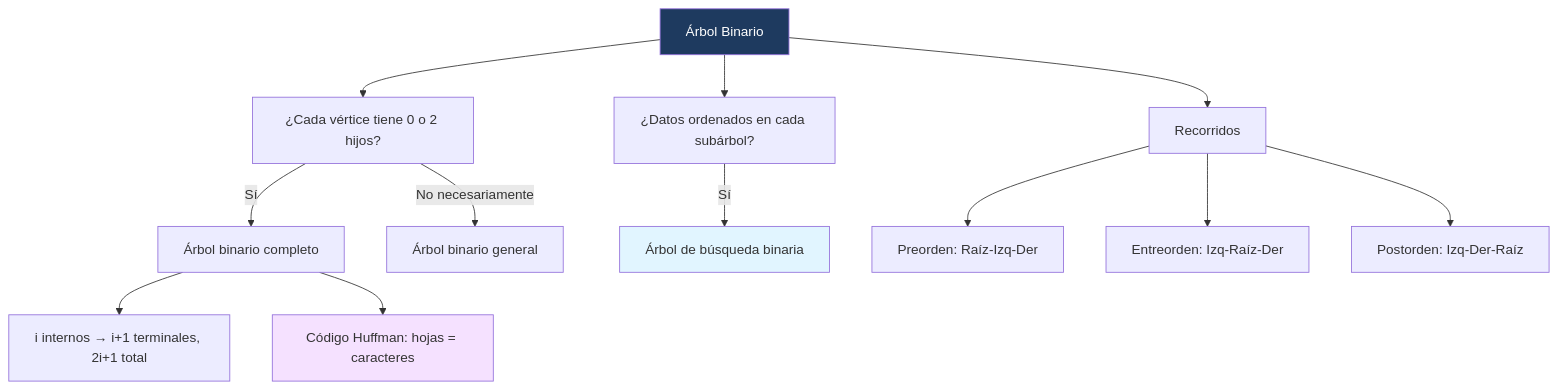
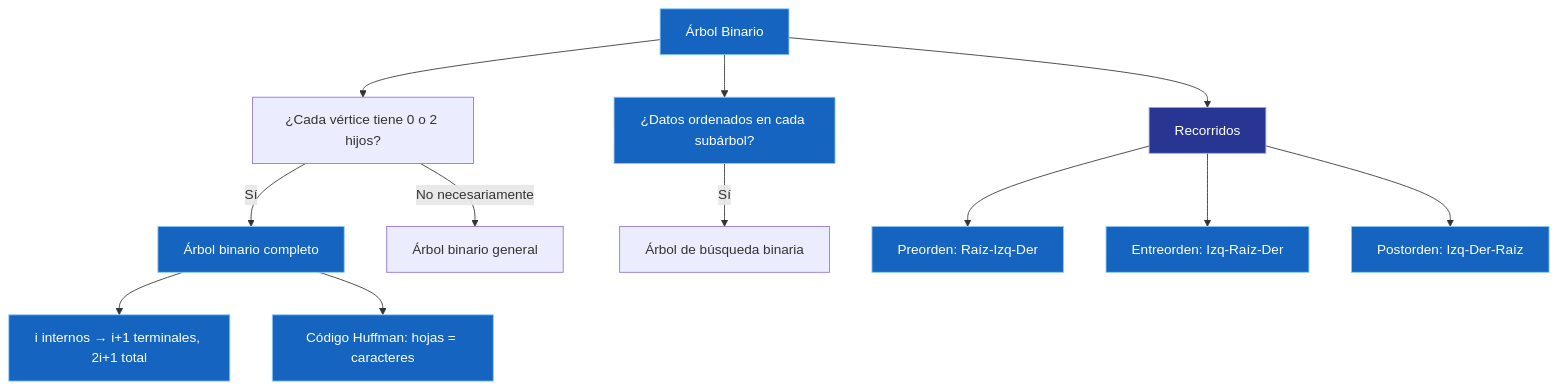
One commit to Fsteven22/Notas-ESPOL changed the first of 2 diagrams in src/site/notes/Universidad/3er Semestre/Matemáticas Discretas/Unidad 5 - Grafos y Árboles/05 - Árboles II - Árboles Binarios, Recorridos y Códigos Huffman.md. Above: the diagram before and after it, drawn with Mermaid. The commit also changed other lines of this file and 79 other files, not shown here.

````diff
--- a/src/site/notes/Universidad/3er Semestre/Matemáticas Discretas/Unidad 5 - Grafos y Árboles/05 - Árboles II - Árboles Binarios, Recorridos y Códigos Huffman.md
+++ b/src/site/notes/Universidad/3er Semestre/Matemáticas Discretas/Unidad 5 - Grafos y Árboles/05 - Árboles II - Árboles Binarios, Recorridos y Códigos Huffman.md
@@ -195,18 +202,24 @@
 ```mermaid
 graph TD
     A[Árbol Binario] --> B[¿Cada vértice tiene 0 o 2 hijos?]
     B -->|Sí| C[Árbol binario completo]
     B -->|No necesariamente| D[Árbol binario general]
     C --> E["i internos → i+1 terminales, 2i+1 total"]
     C --> F["Código Huffman: hojas = caracteres"]
     A --> G[¿Datos ordenados en cada subárbol?]
     G -->|Sí| H[Árbol de búsqueda binaria]
     A --> I[Recorridos]
     I --> J["Preorden: Raíz-Izq-Der"]
     I --> K["Entreorden: Izq-Raíz-Der"]
     I --> L["Postorden: Izq-Der-Raíz"]
+    style A fill:#1565C0,color:#FFFFFF,stroke:#90CAF9,stroke-width:1px
+    style C fill:#1565C0,color:#FFFFFF,stroke:#90CAF9,stroke-width:1px
+    style E fill:#1565C0,color:#FFFFFF,stroke:#90CAF9,stroke-width:1px
+    style F fill:#1565C0,color:#FFFFFF,stroke:#90CAF9,stroke-width:1px
+    style G fill:#1565C0,color:#FFFFFF,stroke:#90CAF9,stroke-width:1px
+    style I fill:#283593,color:#FFFFFF,stroke:#9FA8DA,stroke-width:1px
+    style J fill:#1565C0,color:#FFFFFF,stroke:#90CAF9,stroke-width:1px
+    style K fill:#1565C0,color:#FFFFFF,stroke:#90CAF9,stroke-width:1px
+    style L fill:#1565C0,color:#FFFFFF,stroke:#90CAF9,stroke-width:1px
 
-    style A fill:#1e3a5f,color:#fff
-    style F fill:#f5e1ff
-    style H fill:#e1f5ff
 ```
````
